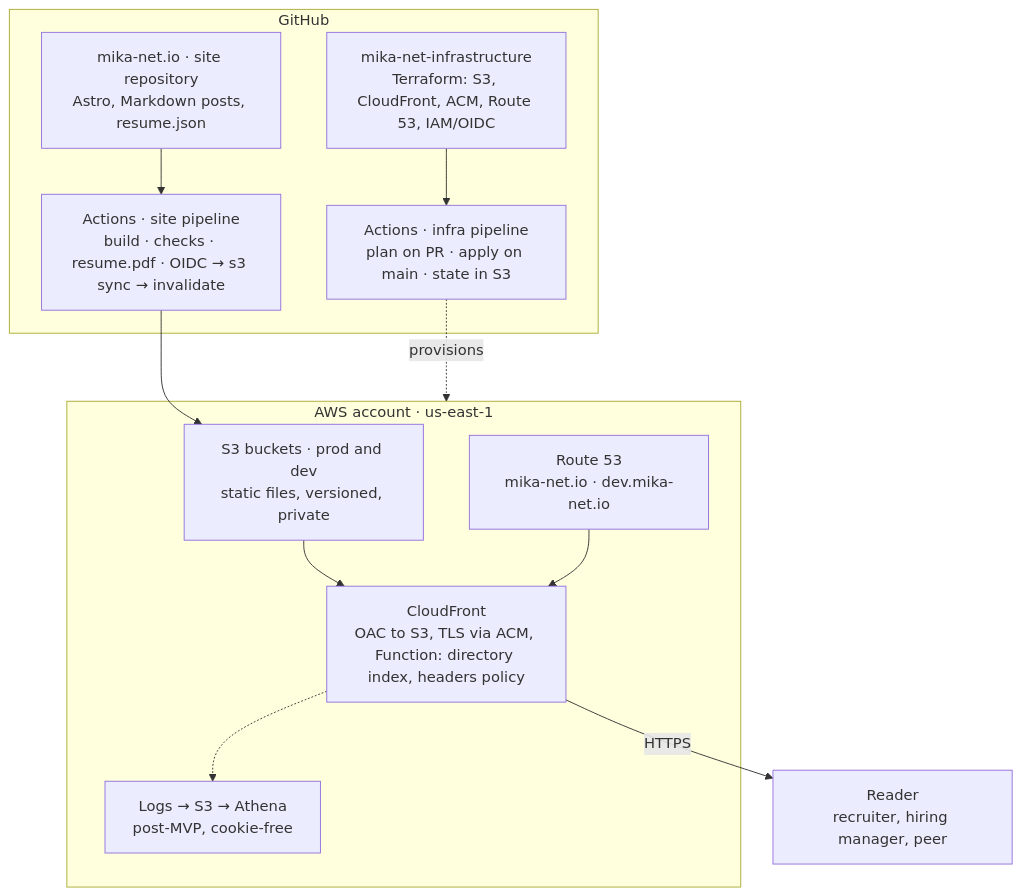
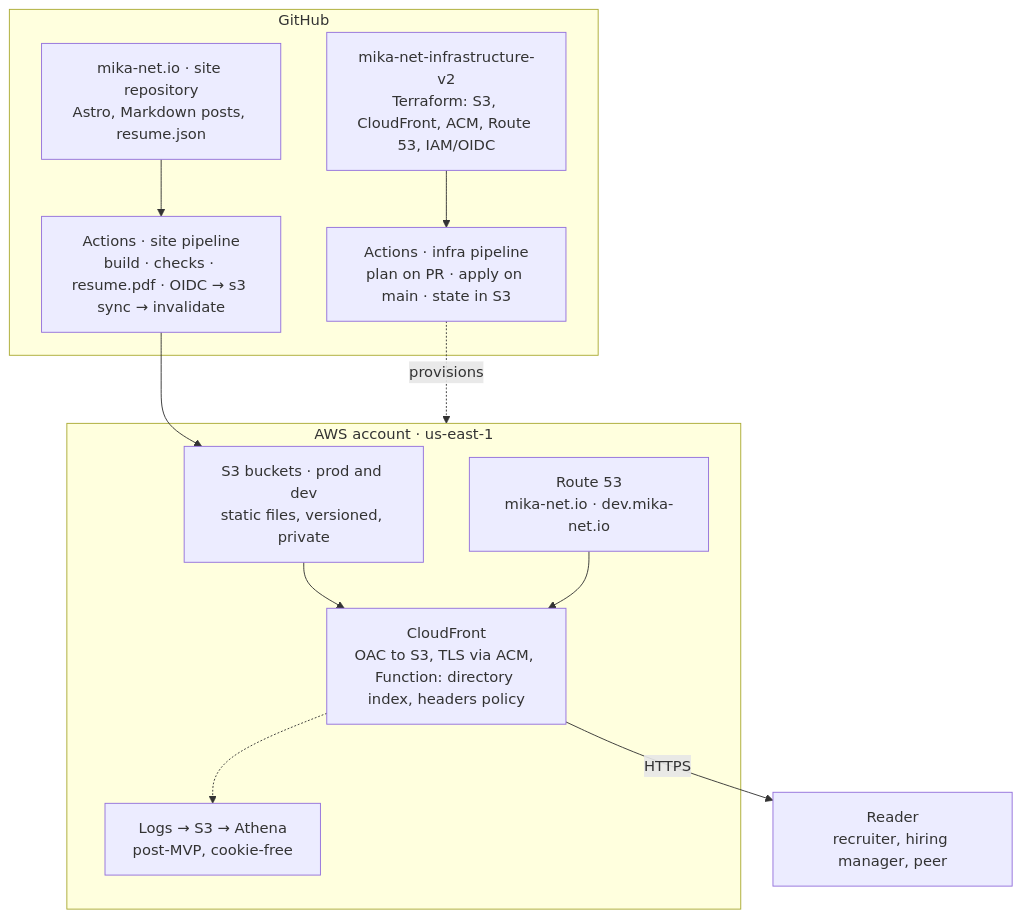
Before and after one commit to Mika-net/mika-net-v2: the first of 2 diagrams in docs/DESIGN.md, drawn with Mermaid. The commit also changed other lines of this file and 9 other files, not shown here.

First line of the commit message:
docs: adopt the -v2 repository naming; infrastructure moves to mika-net-infrastructure-v2 (INF-50 revised)

````diff
--- a/docs/DESIGN.md
+++ b/docs/DESIGN.md
@@ -198,20 +198,20 @@
 ```mermaid
 flowchart TB
   subgraph GH[GitHub]
     SR["mika-net.io · site repository<br/>Astro, Markdown posts, resume.json"]
-    IR["mika-net-infrastructure<br/>Terraform: S3, CloudFront, ACM, Route 53, IAM/OIDC"]
+    IR["mika-net-infrastructure-v2<br/>Terraform: S3, CloudFront, ACM, Route 53, IAM/OIDC"]
     SP["Actions · site pipeline<br/>build · checks · resume.pdf · OIDC → s3 sync → invalidate"]
     IP["Actions · infra pipeline<br/>plan on PR · apply on main · state in S3"]
   end
   subgraph AWS["AWS account · us-east-1"]
     S3["S3 buckets · prod and dev<br/>static files, versioned, private"]
     CF["CloudFront<br/>OAC to S3, TLS via ACM, Function: directory index, headers policy"]
     R53["Route 53<br/>mika-net.io · dev.mika-net.io"]
     LOGS["Logs → S3 → Athena<br/>post-MVP, cookie-free"]
   end
   SR --> SP --> S3 --> CF
   IR --> IP -. provisions .-> AWS
   R53 --> CF
   CF -.-> LOGS
   CF -- HTTPS --> RD["Reader<br/>recruiter, hiring manager, peer"]
 ```
````
